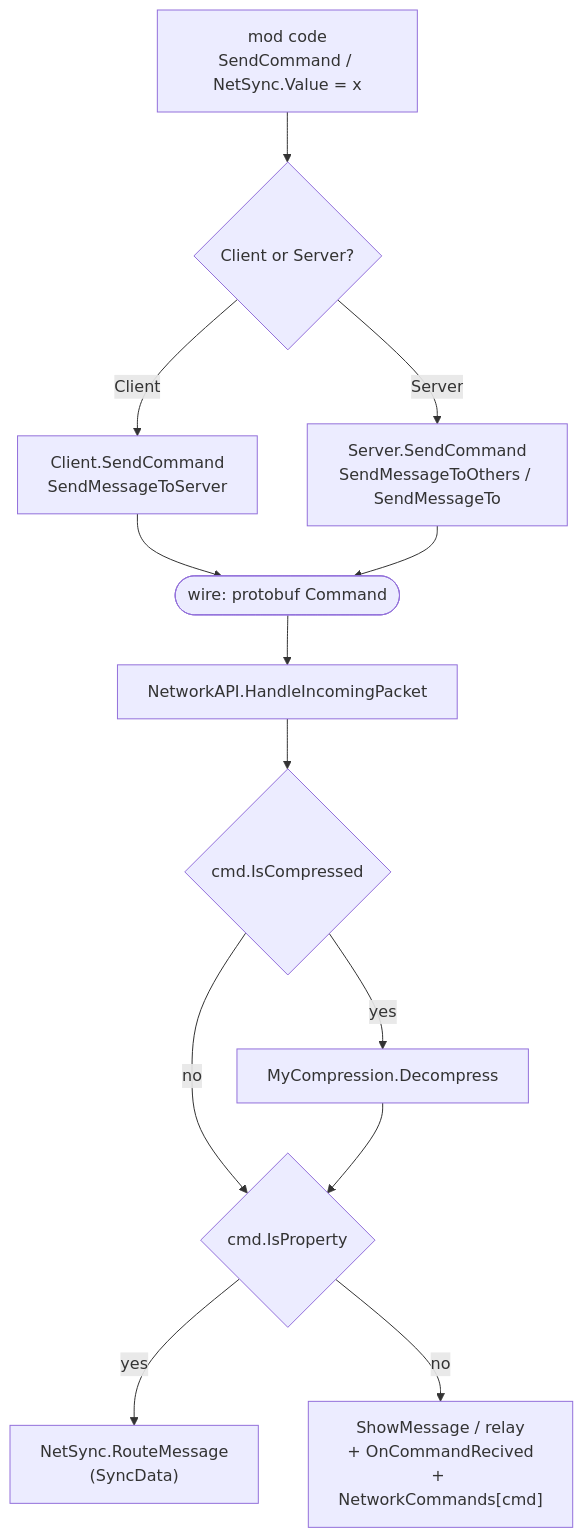
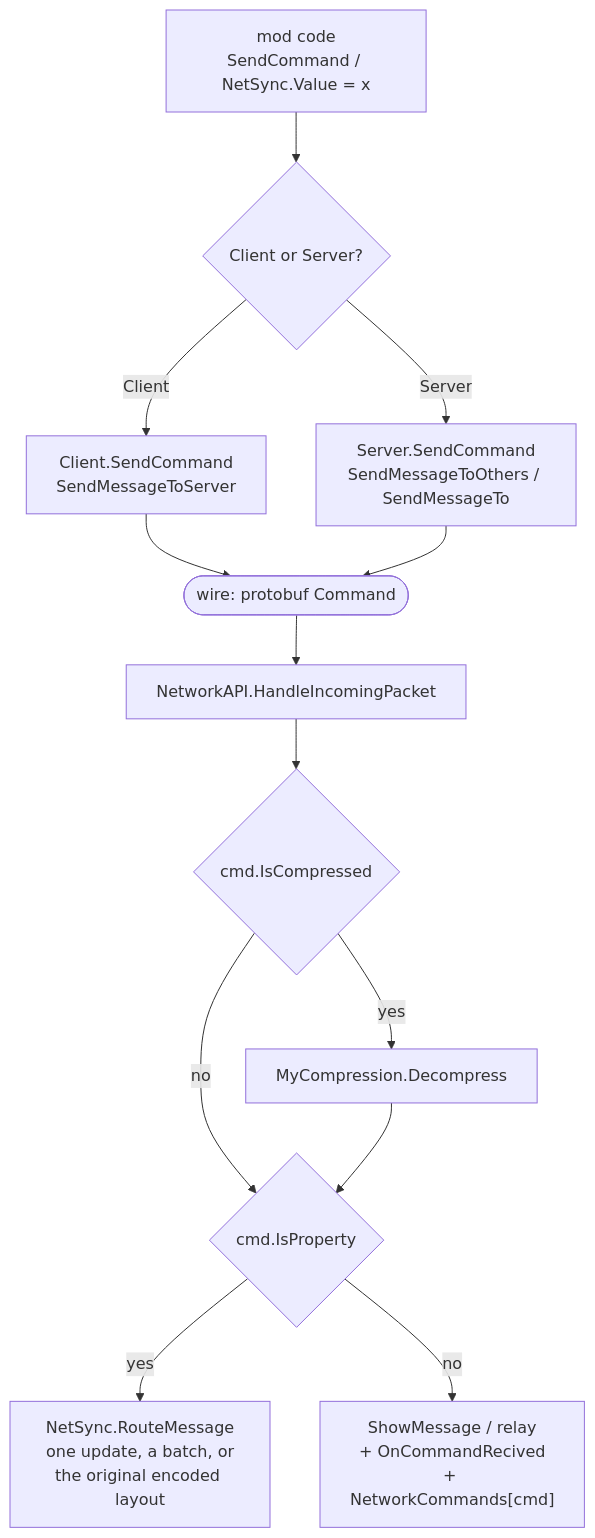
Before and after one commit to Gauge/SENetworkAPI: the first of 2 diagrams in docs/architecture.md, drawn with Mermaid. The commit also changed other lines of this file and 5 other files, not shown here.

````diff
--- a/docs/architecture.md
+++ b/docs/architecture.md
@@ -47,15 +47,15 @@
 ```mermaid
 flowchart TD
     A["mod code<br/>SendCommand / NetSync.Value = x"] --> B{Client or Server?}
     B -->|Client| C["Client.SendCommand<br/>SendMessageToServer"]
     B -->|Server| D["Server.SendCommand<br/>SendMessageToOthers / SendMessageTo"]
     C --> W(["wire: protobuf Command"])
     D --> W
     W --> E["NetworkAPI.HandleIncomingPacket"]
     E --> F{cmd.IsCompressed}
     F -->|yes| G[MyCompression.Decompress]
     F -->|no| H
     G --> H{cmd.IsProperty}
-    H -->|yes| I["NetSync.RouteMessage<br/>(SyncData)"]
+    H -->|yes| I["NetSync.RouteMessage<br/>one update, a batch, or<br/>the original encoded layout"]
     H -->|no| J["ShowMessage / relay<br/>+ OnCommandRecived<br/>+ NetworkCommands[cmd]"]
 ```
````
